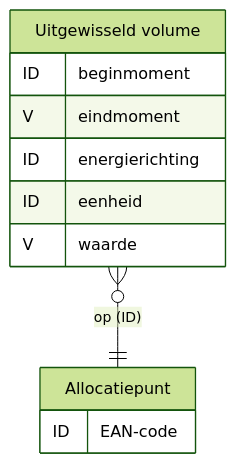
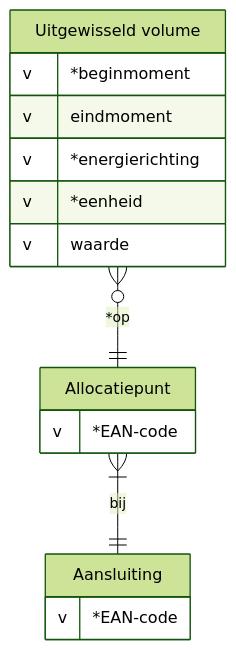
Before and after one commit to sefanja/dataproduct-meetdata: the diagram in README.md, drawn with Mermaid (forest theme). The commit also changed other lines of this file, not shown here.

````diff
--- a/README.md
+++ b/README.md
@@ -3,14 +3,18 @@
 ```mermaid
 erDiagram
+  Aansluiting {
+    v *EAN-code
+  }
   Allocatiepunt {
-    ID EAN-code
+    v *EAN-code
   }
+  Allocatiepunt }|--|| Aansluiting : "bij"
   "Uitgewisseld volume" {
-    ID beginmoment
-    V eindmoment
-    ID energierichting
-    ID eenheid
-    V waarde
+    v *beginmoment
+    v eindmoment
+    v *energierichting
+    v *eenheid
+    v waarde
   }
-  "Uitgewisseld volume" }o--|| Allocatiepunt : "op (ID)"
+  "Uitgewisseld volume" }o--|| Allocatiepunt : "*op"
 ```
````
